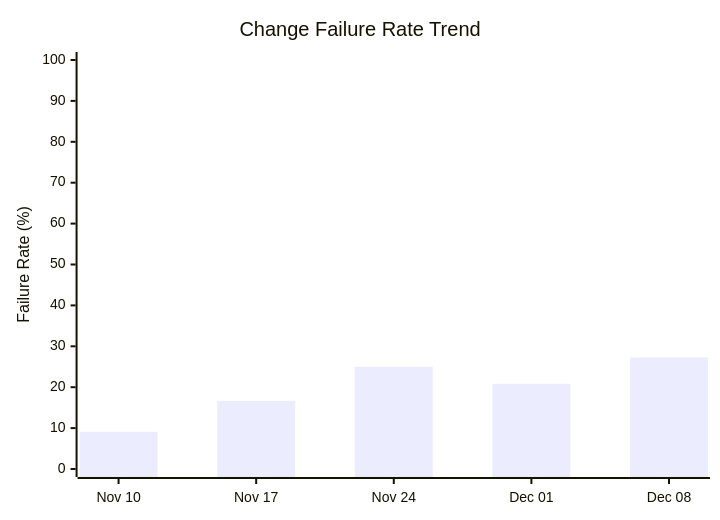
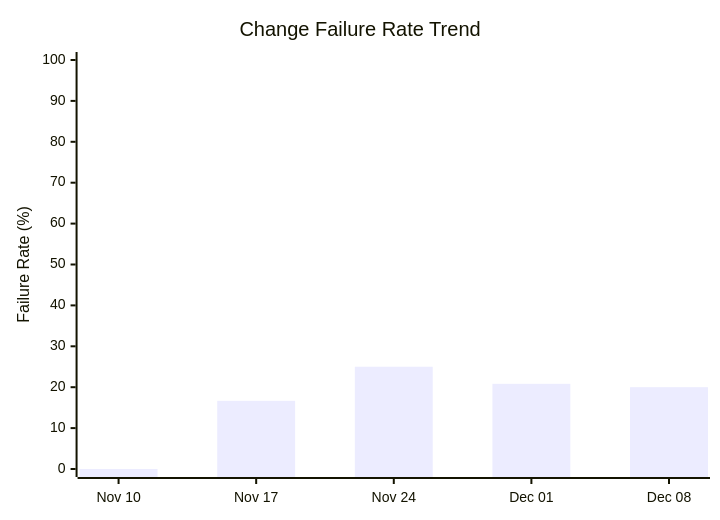
Before and after one commit to ukma-cs-ssdm-2025/rate-ukma: the fourth of 4 diagrams in docs/ci-cd/dora-summary.md, drawn with Mermaid. The commit also changed other lines of this file, not shown here.

````diff
--- a/docs/ci-cd/dora-summary.md
+++ b/docs/ci-cd/dora-summary.md
@@ -65,7 +64,7 @@
 ```mermaid
 xychart-beta
     title "Change Failure Rate Trend"
     x-axis ["Nov 10", "Nov 17", "Nov 24", "Dec 01", "Dec 08"]
     y-axis "Failure Rate (%)" 0 --> 100
-    bar [9.09, 16.67, 25.00, 20.83, 27.27]
+    bar [0.00, 16.67, 25.00, 20.83, 20.00]
 ```
````
